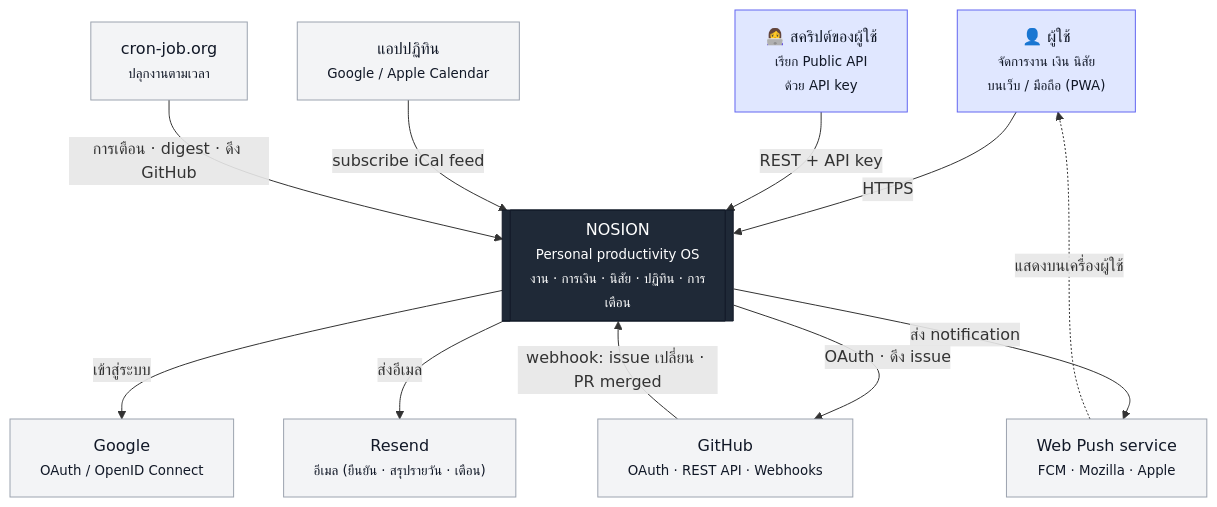
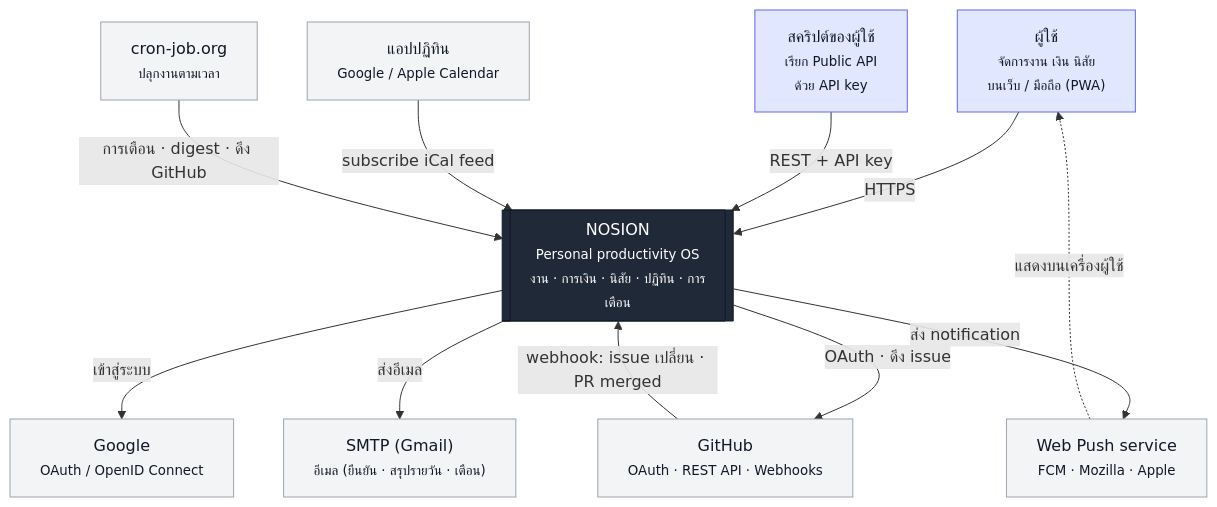
One commit to J-22-P/nosion changed the first of 2 diagrams in docs/diagrams/README.md. Above: the diagram before and after it, drawn with Mermaid. The commit also changed other lines of this file and 3 other files, not shown here.

````diff
--- a/docs/diagrams/README.md
+++ b/docs/diagrams/README.md
@@ -10,32 +10,32 @@
 ```mermaid
 flowchart TB
-  user["👤 ผู้ใช้<br/><small>จัดการงาน เงิน นิสัย<br/>บนเว็บ / มือถือ (PWA)</small>"]
-  dev["👩‍💻 สคริปต์ของผู้ใช้<br/><small>เรียก Public API<br/>ด้วย API key</small>"]
+  user["ผู้ใช้<br/><small>จัดการงาน เงิน นิสัย<br/>บนเว็บ / มือถือ (PWA)</small>"]
+  dev["สคริปต์ของผู้ใช้<br/><small>เรียก Public API<br/>ด้วย API key</small>"]
 
   nosion[["NOSION<br/><small>Personal productivity OS<br/>งาน · การเงิน · นิสัย · ปฏิทิน · การเตือน</small>"]]
 
   google["Google<br/><small>OAuth / OpenID Connect</small>"]
   github["GitHub<br/><small>OAuth · REST API · Webhooks</small>"]
-  mail["Resend<br/><small>อีเมล (ยืนยัน · สรุปรายวัน · เตือน)</small>"]
+  mail["SMTP (Gmail)<br/><small>อีเมล (ยืนยัน · สรุปรายวัน · เตือน)</small>"]
   push["Web Push service<br/><small>FCM · Mozilla · Apple</small>"]
   cal["แอปปฏิทิน<br/><small>Google / Apple Calendar</small>"]
   cron["cron-job.org<br/><small>ปลุกงานตามเวลา</small>"]
 
   user -- "HTTPS" --> nosion
   dev -- "REST + API key" --> nosion
   nosion -- "เข้าสู่ระบบ" --> google
   nosion -- "OAuth · ดึง issue" --> github
   github -- "webhook: issue เปลี่ยน · PR merged" --> nosion
   nosion -- "ส่งอีเมล" --> mail
   nosion -- "ส่ง notification" --> push
   push -. "แสดงบนเครื่องผู้ใช้" .-> user
   cal -- "subscribe iCal feed" --> nosion
   cron -- "การเตือน · digest · ดึง GitHub" --> nosion
 
   classDef system fill:#1f2937,stroke:#111827,color:#fff
   classDef ext fill:#f3f4f6,stroke:#9ca3af,color:#111827
   classDef person fill:#e0e7ff,stroke:#6366f1,color:#111827
   class nosion system
   class google,github,mail,push,cal,cron ext
   class user,dev person
 ```
````
